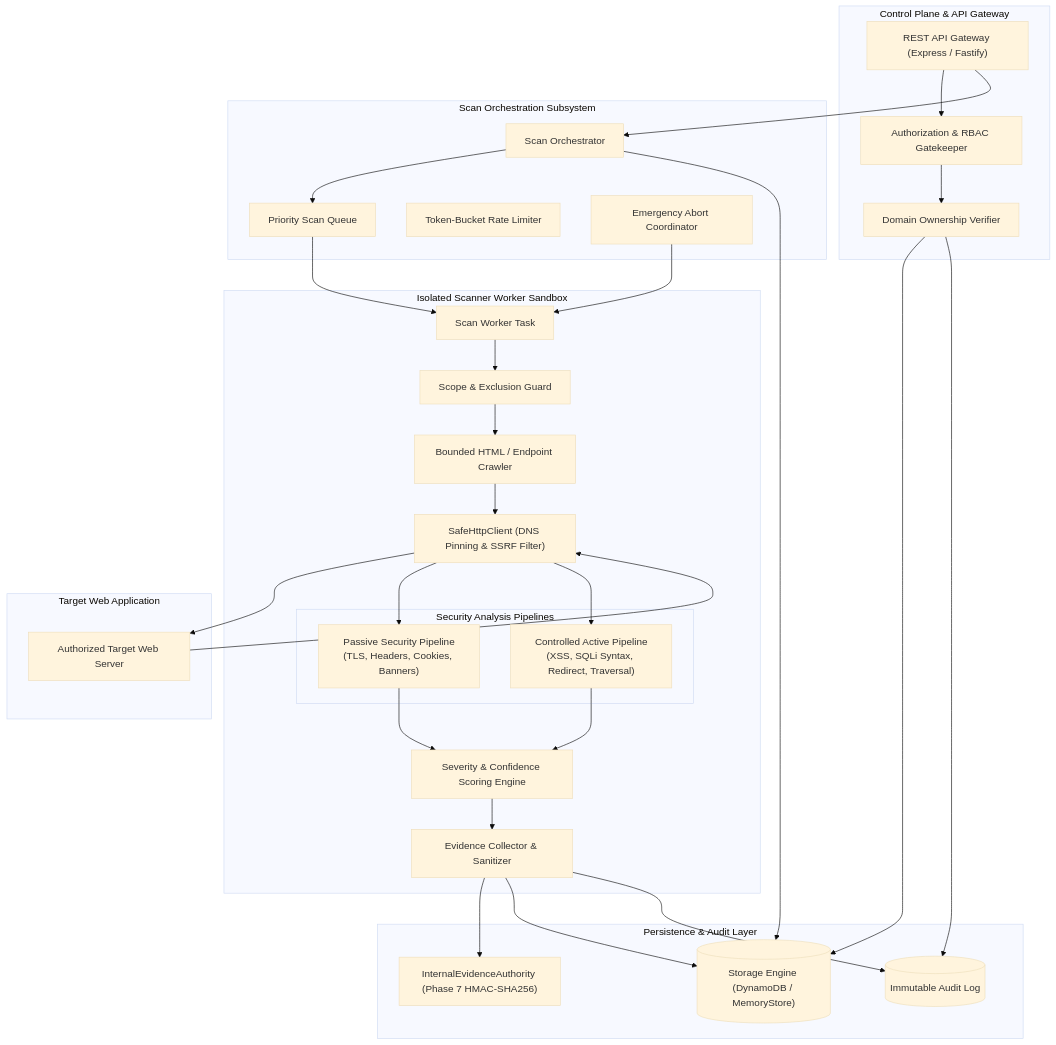
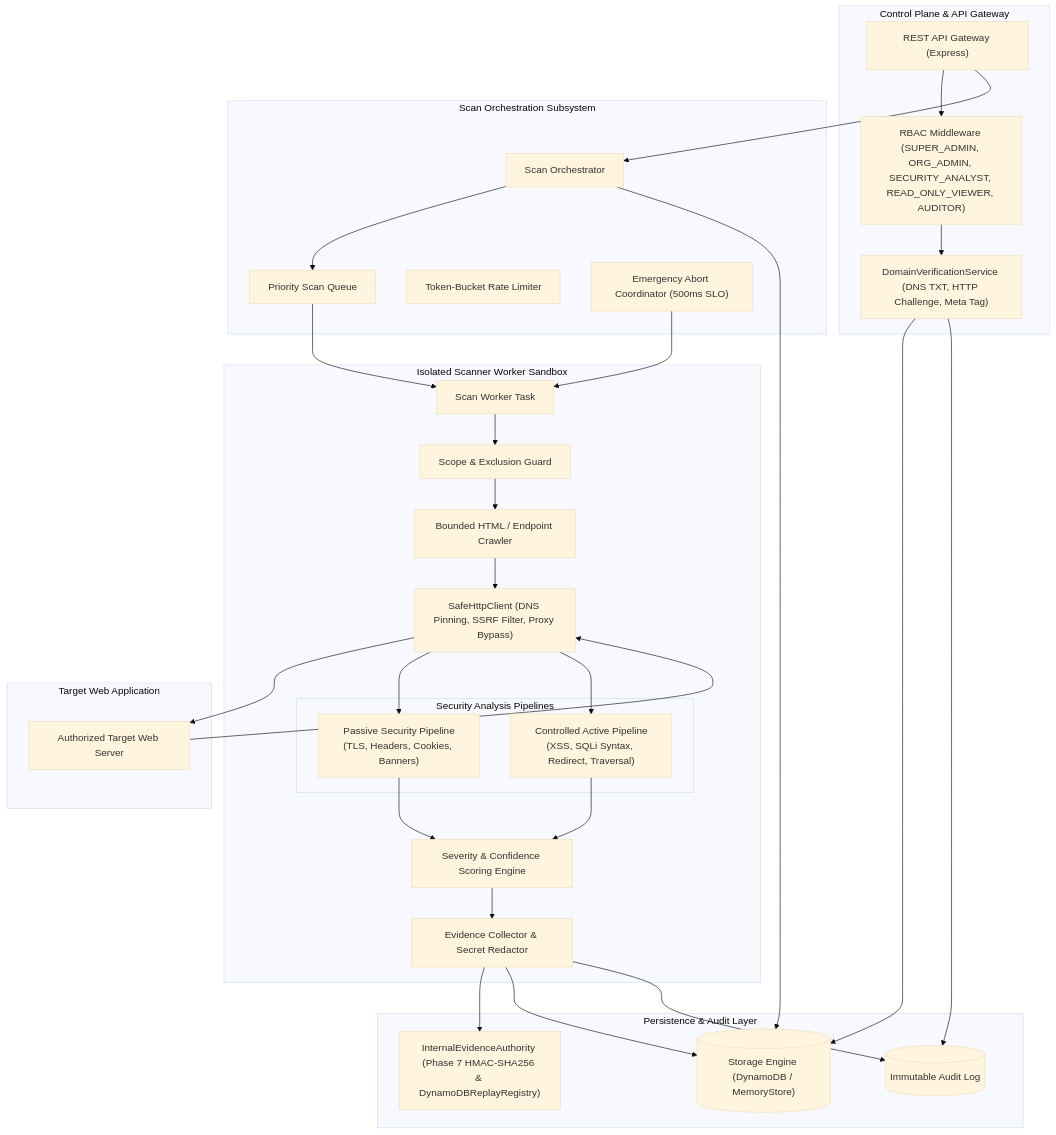
One commit to RohitBhakta07/Veltrix changed the first of 2 diagrams in specs/phase-8-architecture.md. Above: the diagram before and after it, drawn with Mermaid (base theme). The commit also changed other lines of this file and 6 other files, not shown here.

Commit message:
docs(phase-8): align RBAC roles, verification lifecycle, Phase 7 authority, and database index consistency

````diff
--- a/specs/phase-8-architecture.md
+++ b/specs/phase-8-architecture.md
@@ -15,70 +15,70 @@
 ```mermaid
 flowchart TD
     subgraph ControlPlane["Control Plane & API Gateway"]
-        API["REST API Gateway (Express / Fastify)"]
-        AuthZ["Authorization & RBAC Gatekeeper"]
-        DomainVerifier["Domain Ownership Verifier"]
+        API["REST API Gateway (Express)"]
+        AuthZ["RBAC Middleware (SUPER_ADMIN, ORG_ADMIN, SECURITY_ANALYST, READ_ONLY_VIEWER, AUDITOR)"]
+        DomainVerifier["DomainVerificationService (DNS TXT, HTTP Challenge, Meta Tag)"]
     end
 
     subgraph StorageLayer["Persistence & Audit Layer"]
         DB[("Storage Engine (DynamoDB / MemoryStore)")]
         Audit[("Immutable Audit Log")]
-        EvidenceAuth["InternalEvidenceAuthority (Phase 7 HMAC-SHA256)"]
+        EvidenceAuth["InternalEvidenceAuthority (Phase 7 HMAC-SHA256 & DynamoDBReplayRegistry)"]
     end
 
     subgraph Orchestration["Scan Orchestration Subsystem"]
         Orchestrator["Scan Orchestrator"]
         JobQueue["Priority Scan Queue"]
         RateLimiter["Token-Bucket Rate Limiter"]
-        AbortCoordinator["Emergency Abort Coordinator"]
+        AbortCoordinator["Emergency Abort Coordinator (500ms SLO)"]
     end
 
     subgraph ScannerWorker["Isolated Scanner Worker Sandbox"]
         Worker["Scan Worker Task"]
         ScopeGuard["Scope & Exclusion Guard"]
-        SafeTransport["SafeHttpClient (DNS Pinning & SSRF Filter)"]
+        SafeTransport["SafeHttpClient (DNS Pinning, SSRF Filter, Proxy Bypass)"]
         Crawler["Bounded HTML / Endpoint Crawler"]
         
         subgraph AnalysisPipelines["Security Analysis Pipelines"]
             PassiveChecks["Passive Security Pipeline\n(TLS, Headers, Cookies, Banners)"]
             ActiveChecks["Controlled Active Pipeline\n(XSS, SQLi Syntax, Redirect, Traversal)"]
         end
 
         ScoringEngine["Severity & Confidence Scoring Engine"]
-        EvidenceCollector["Evidence Collector & Sanitizer"]
+        EvidenceCollector["Evidence Collector & Secret Redactor"]
     end
 
     subgraph TargetSystem["Target Web Application"]
         TargetApp["Authorized Target Web Server"]
     end
 
     %% Control Plane Flows
     API --> AuthZ
     AuthZ --> DomainVerifier
     DomainVerifier --> DB
     DomainVerifier --> Audit
     API --> Orchestrator
 
     %% Orchestration Flows
     Orchestrator --> JobQueue
     JobQueue --> Worker
     AbortCoordinator --> Worker
     Orchestrator --> DB
 
     %% Worker Execution Flows
     Worker --> ScopeGuard
     ScopeGuard --> Crawler
     Crawler --> SafeTransport
     SafeTransport --> TargetApp
     TargetApp --> SafeTransport
     SafeTransport --> PassiveChecks
     SafeTransport --> ActiveChecks
 
     %% Scoring & Evidence
     PassiveChecks --> ScoringEngine
     ActiveChecks --> ScoringEngine
     ScoringEngine --> EvidenceCollector
     EvidenceCollector --> EvidenceAuth
     EvidenceCollector --> DB
     EvidenceCollector --> Audit
 ```
````
